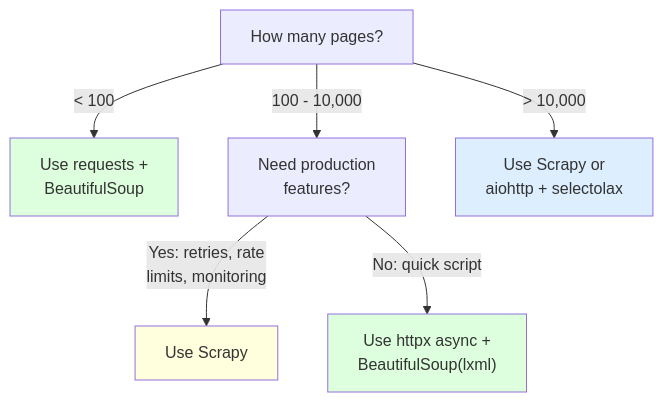
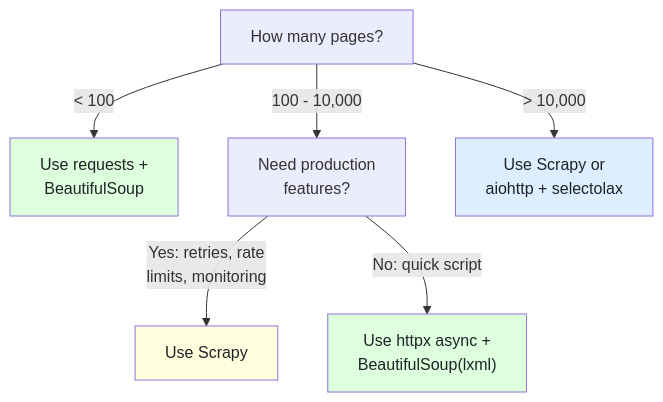
Before and after one commit to bytetunnels/bytetunnels.github.com: the fourth of 4 diagrams in _posts/2026-02-26-fastest-python-web-scraping-library-benchmarks.md, drawn with Mermaid. The commit also changed other lines of this file and 118 other files, not shown here.

Commit message:
feat: improve diagram styling and compact wide flowcharts

````diff
--- a/_posts/2026-02-26-fastest-python-web-scraping-library-benchmarks.md
+++ b/_posts/2026-02-26-fastest-python-web-scraping-library-benchmarks.md
@@ -508,14 +508,14 @@
 ```mermaid
 graph TD
     A["How many pages?"] -->|"< 100"| B["Use requests +<br>BeautifulSoup"]
     A -->|"100 - 10,000"| C["Need production<br>features?"]
     A -->|"> 10,000"| D["Use Scrapy or<br>aiohttp + selectolax"]
 
     C -->|"Yes: retries, rate<br>limits, monitoring"| E["Use Scrapy"]
     C -->|"No: quick script"| F["Use httpx async +<br>BeautifulSoup(lxml)"]
 
-    style B fill:#ddffdd
-    style D fill:#ddeeff
-    style E fill:#ffffdd
-    style F fill:#ddffdd
+    style B fill:#ddffdd,color:#1f2328
+    style D fill:#ddeeff,color:#1f2328
+    style E fill:#ffffdd,color:#1f2328
+    style F fill:#ddffdd,color:#1f2328
 ```
````
